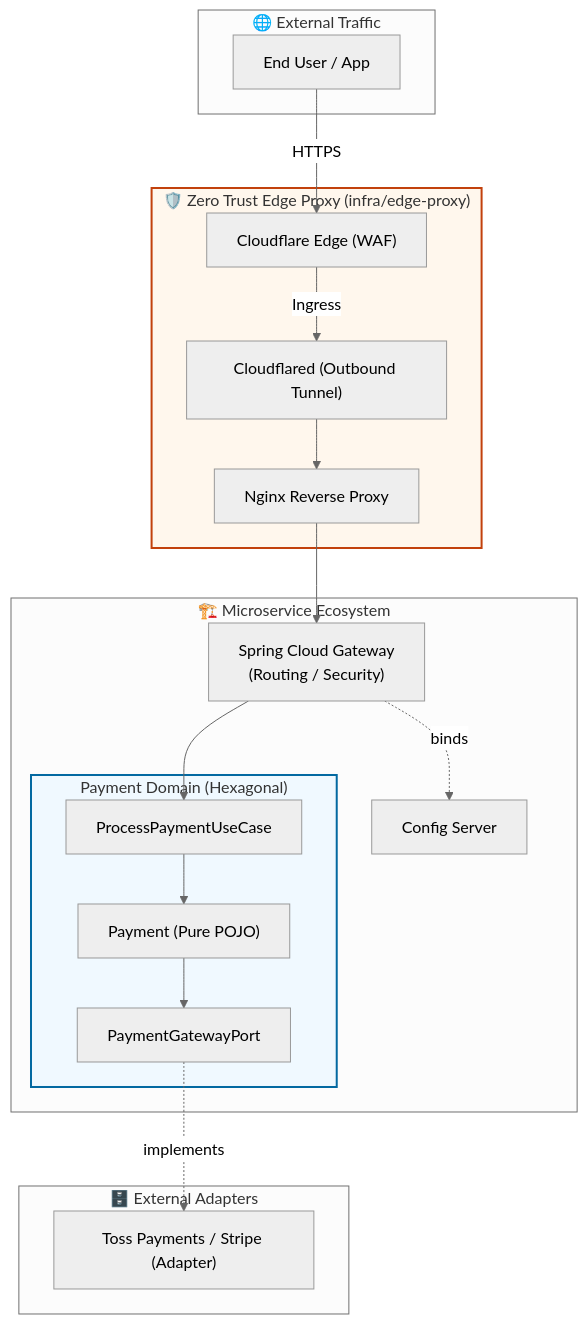
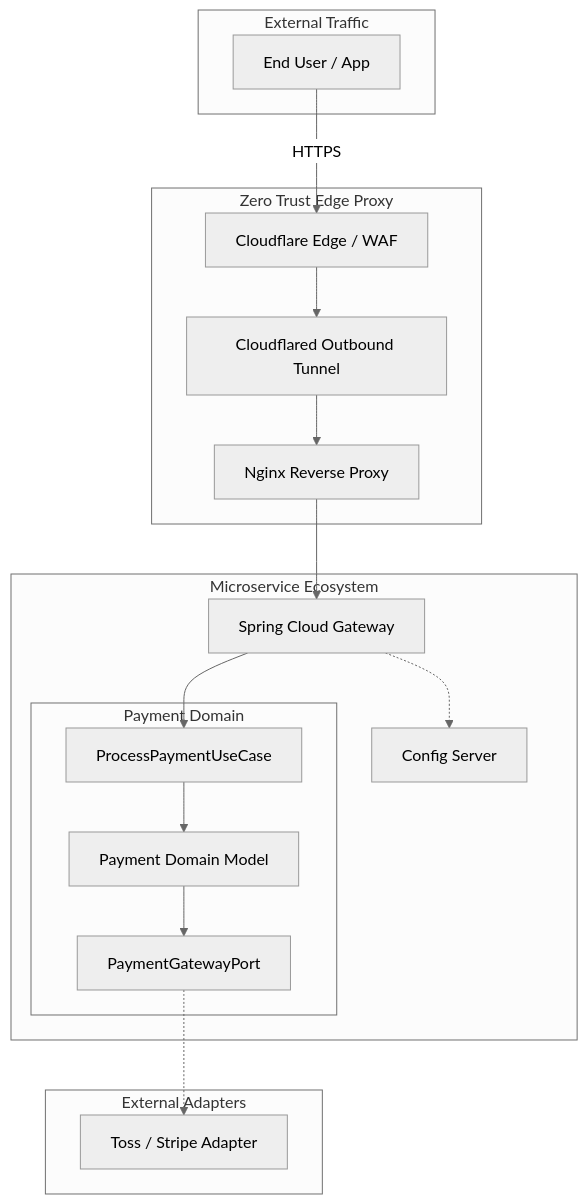
The diagram in README.md (hooneyg/infra-master-lab), drawn with Mermaid (neutral theme) before and after one commit. The commit also changed other lines of this file and 1 other file, not shown here.

````diff
--- a/README.md
+++ b/README.md
@@ -35,43 +41,35 @@
 ```mermaid
 graph TB
-    subgraph Client ["🌐 External Traffic"]
+    subgraph Client ["External Traffic"]
         User["End User / App"]
     end
 
-    subgraph EdgeProxy ["🛡️ Zero Trust Edge Proxy (infra/edge-proxy)"]
-        CF["Cloudflare Edge (WAF)"]
-        Tunnel["Cloudflared (Outbound Tunnel)"]
+    subgraph EdgeProxy ["Zero Trust Edge Proxy"]
+        CF["Cloudflare Edge / WAF"]
+        Tunnel["Cloudflared Outbound Tunnel"]
         Nginx["Nginx Reverse Proxy"]
-        
-        CF -->|Ingress| Tunnel --> Nginx
+        CF --> Tunnel --> Nginx
     end
 
-    subgraph ServiceMesh ["🏗️ Microservice Ecosystem"]
-        Gateway["Spring Cloud Gateway<br/>(Routing / Security)"]
-        
-        subgraph BusinessService ["Payment Domain (Hexagonal)"]
+    subgraph ServiceMesh ["Microservice Ecosystem"]
+        Gateway["Spring Cloud Gateway"]
+        Config["Config Server"]
+
+        subgraph BusinessService ["Payment Domain"]
             InPort["ProcessPaymentUseCase"]
-            Domain["Payment (Pure POJO)"]
+            Domain["Payment Domain Model"]
             OutPort["PaymentGatewayPort"]
-            
             InPort --> Domain --> OutPort
         end
-        
-        Config["Config Server"]
     end
 
-    subgraph Outbound ["🗄️ External Adapters"]
-        PG["Toss Payments / Stripe (Adapter)"]
+    subgraph ExternalAdapter ["External Adapters"]
+        PG["Toss / Stripe Adapter"]
     end
 
-    %% 연결 흐름 정의
-    User -->|HTTPS| CF
+    User -->|"HTTPS"| CF
     Nginx --> Gateway
     Gateway --> InPort
-    OutPort -.->|implements| PG
-    Gateway -.->|binds| Config
-
-    %% 스타일링
-    style BusinessService fill:#F0F9FF,stroke:#0369A1,stroke-width:2px
-    style EdgeProxy fill:#FFF7ED,stroke:#C2410C,stroke-width:2px
+    OutPort -.-> PG
+    Gateway -.-> Config
 ```
````
